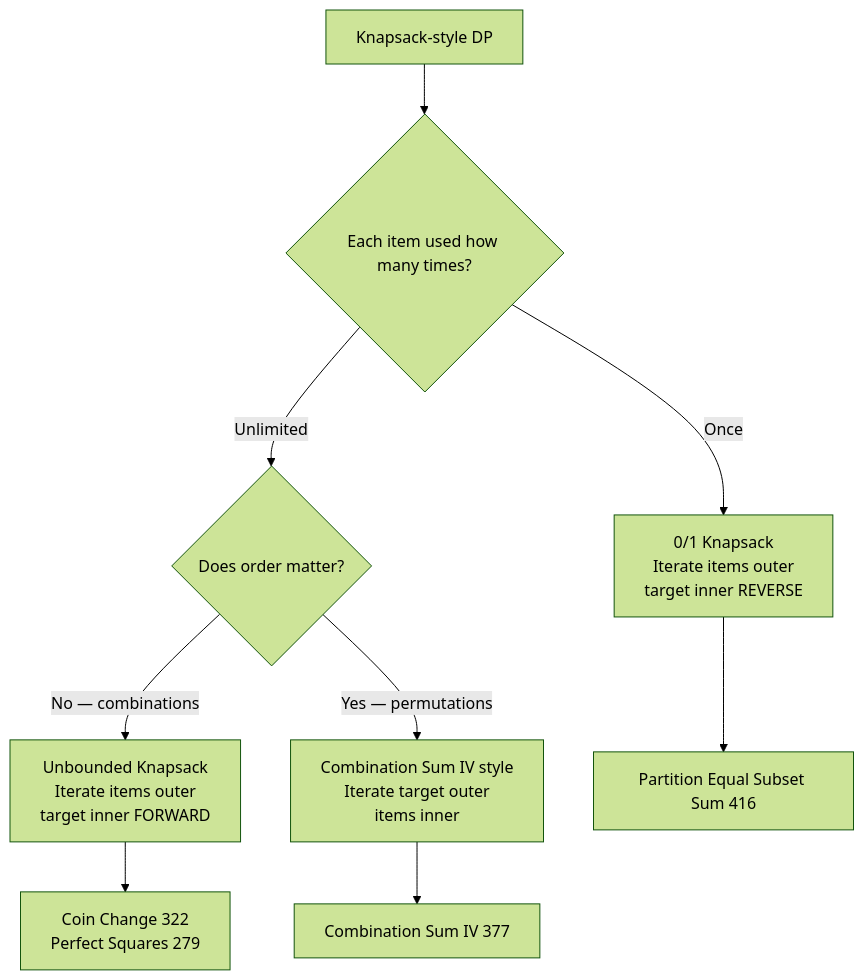
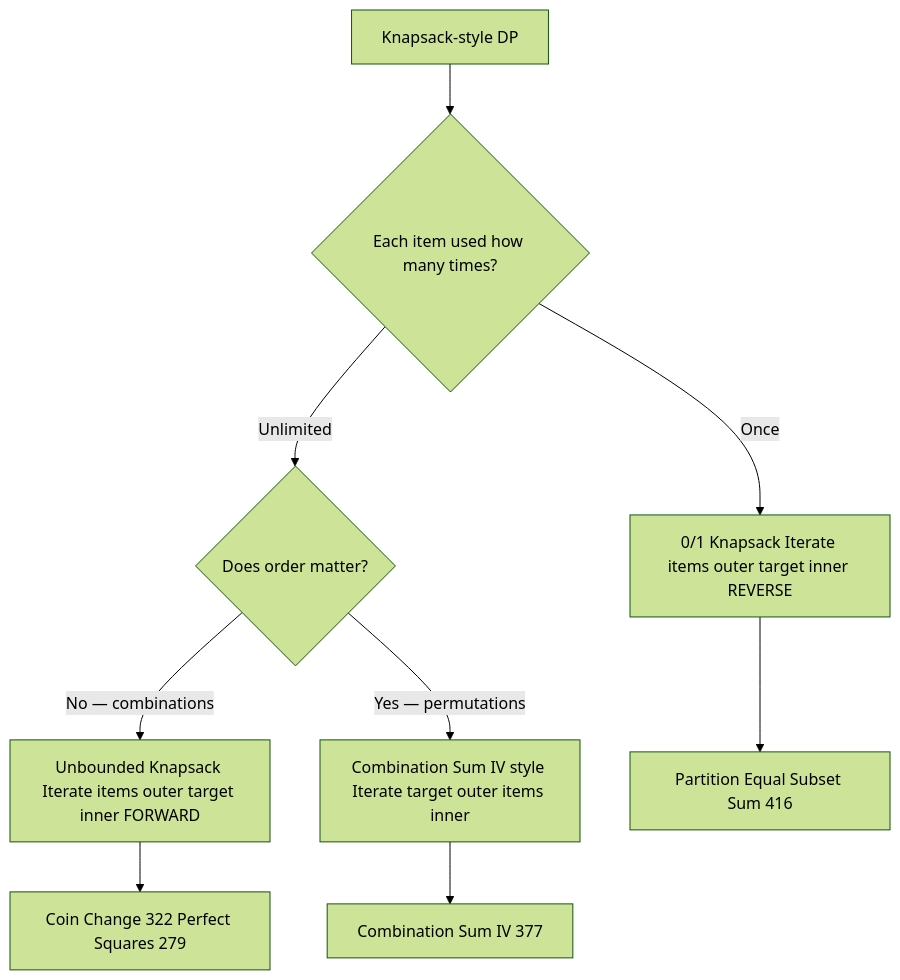
Before and after one commit to deepanshu-rawat6/AlgoAtlas: the fifth of 6 diagrams in 1d_dp/README.md, drawn with Mermaid (forest theme). The commit also changed other lines of this file and 13 other files, not shown here.

````diff
--- a/1d_dp/README.md
+++ b/1d_dp/README.md
@@ -101,12 +101,12 @@
 ```mermaid
 flowchart TD
     A[Knapsack-style DP] --> B{"Each item used how many times?"}
-    B -->|Once| C[0/1 Knapsack<br>Iterate items outer<br>target inner REVERSE]
+    B -->|Once| C[0/1 Knapsack Iterate items outer target inner REVERSE]
     B -->|Unlimited| D{"Does order matter?"}
-    D -->|No — combinations| E[Unbounded Knapsack<br>Iterate items outer<br>target inner FORWARD]
-    D -->|Yes — permutations| F[Combination Sum IV style<br>Iterate target outer<br>items inner]
+    D -->|No — combinations| E[Unbounded Knapsack Iterate items outer target inner FORWARD]
+    D -->|Yes — permutations| F[Combination Sum IV style Iterate target outer items inner]
 
     C --> G[Partition Equal Subset Sum 416]
-    E --> H[Coin Change 322<br>Perfect Squares 279]
+    E --> H[Coin Change 322 Perfect Squares 279]
     F --> I[Combination Sum IV 377]
 ```
````
